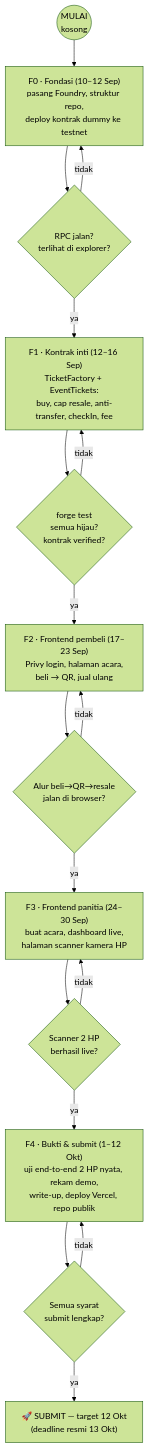
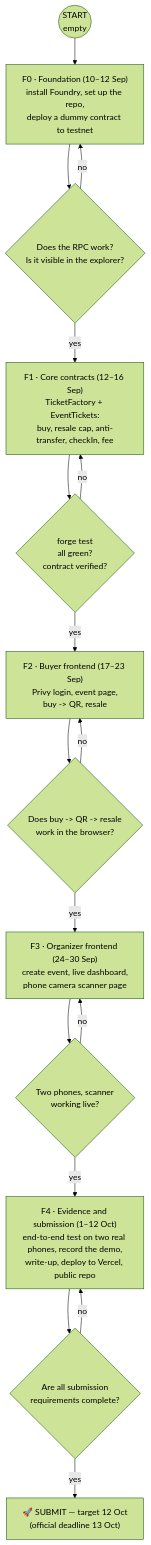
Before and after one commit to mA4rK0/sticket: the eighth of 8 diagrams in blueprint.md, drawn with Mermaid (forest theme). The commit also changed other lines of this file and 58 other files, not shown here.

Commit message:
feat(app): Sticket frontend with buyer flow, resale market, dashboard and scanner

````diff
--- a/blueprint.md
+++ b/blueprint.md
@@ -285,19 +285,19 @@
 ```mermaid
 flowchart TB
-    K(("MULAI<br/>kosong")) --> F0
-    F0["F0 · Fondasi (10–12 Sep)<br/>pasang Foundry, struktur repo,<br/>deploy kontrak dummy ke testnet"] --> G0{"RPC jalan?<br/>terlihat di explorer?"}
-    G0 -- tidak --> F0
-    G0 -- ya --> F1
-    F1["F1 · Kontrak inti (12–16 Sep)<br/>TicketFactory + EventTickets:<br/>buy, cap resale, anti-transfer, checkIn, fee"] --> G1{"forge test<br/>semua hijau?<br/>kontrak verified?"}
-    G1 -- tidak --> F1
-    G1 -- ya --> F2
-    F2["F2 · Frontend pembeli (17–23 Sep)<br/>Privy login, halaman acara,<br/>beli → QR, jual ulang"] --> G2{"Alur beli→QR→resale<br/>jalan di browser?"}
-    G2 -- tidak --> F2
-    G2 -- ya --> F3
-    F3["F3 · Frontend panitia (24–30 Sep)<br/>buat acara, dashboard live,<br/>halaman scanner kamera HP"] --> G3{"Scanner 2 HP<br/>berhasil live?"}
-    G3 -- tidak --> F3
-    G3 -- ya --> F4
-    F4["F4 · Bukti & submit (1–12 Okt)<br/>uji end-to-end 2 HP nyata, rekam demo,<br/>write-up, deploy Vercel, repo publik"] --> G4{"Semua syarat<br/>submit lengkap?"}
-    G4 -- tidak --> F4
-    G4 -- ya --> SUB["🚀 SUBMIT — target 12 Okt<br/>(deadline resmi 13 Okt)"]
+    K(("START<br/>empty")) --> F0
+    F0["F0 · Foundation (10–12 Sep)<br/>install Foundry, set up the repo,<br/>deploy a dummy contract to testnet"] --> G0{"Does the RPC work?<br/>Is it visible in the explorer?"}
+    G0 -- no --> F0
+    G0 -- yes --> F1
+    F1["F1 · Core contracts (12–16 Sep)<br/>TicketFactory + EventTickets:<br/>buy, resale cap, anti-transfer, checkIn, fee"] --> G1{"forge test<br/>all green?<br/>contract verified?"}
+    G1 -- no --> F1
+    G1 -- yes --> F2
+    F2["F2 · Buyer frontend (17–23 Sep)<br/>Privy login, event page,<br/>buy -> QR, resale"] --> G2{"Does buy -> QR -> resale<br/>work in the browser?"}
+    G2 -- no --> F2
+    G2 -- yes --> F3
+    F3["F3 · Organizer frontend (24–30 Sep)<br/>create event, live dashboard,<br/>phone camera scanner page"] --> G3{"Two phones, scanner<br/>working live?"}
+    G3 -- no --> F3
+    G3 -- yes --> F4
+    F4["F4 · Evidence and submission (1–12 Oct)<br/>end-to-end test on two real phones, record the demo,<br/>write-up, deploy to Vercel, public repo"] --> G4{"Are all submission<br/>requirements complete?"}
+    G4 -- no --> F4
+    G4 -- yes --> SUB["🚀 SUBMIT — target 12 Oct<br/>(official deadline 13 Oct)"]
 ```
````
